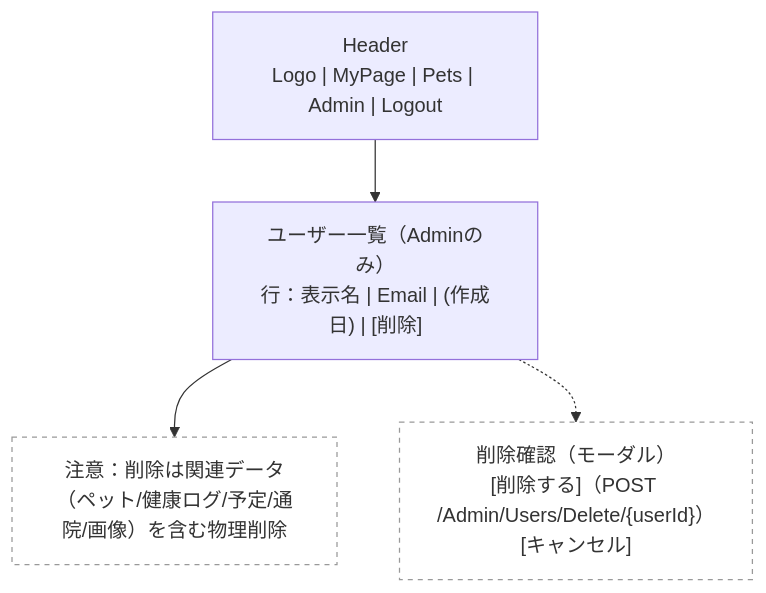
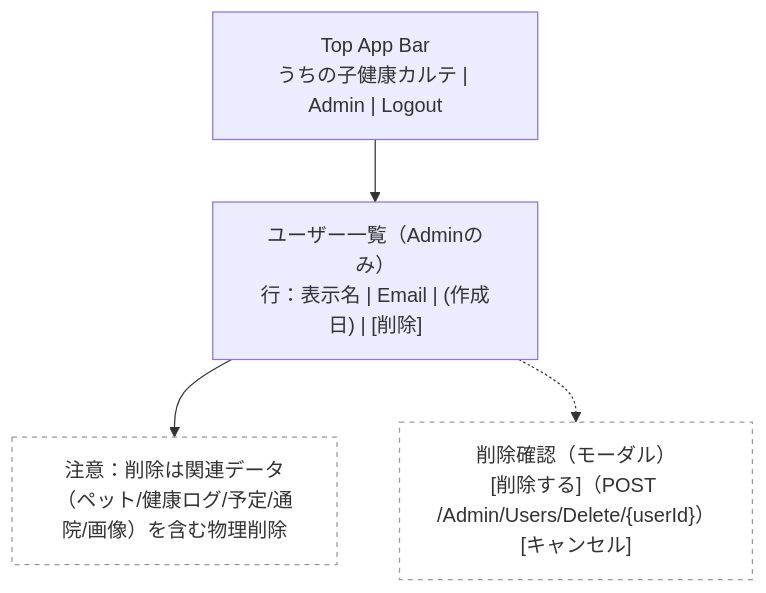
Diagram 23 of 23 in docs/ui-wireframe.md (Cat5Dog2/PetHealthManagement), drawn with Mermaid before and after one commit. The commit also changed other lines of this file and 9 other files, not shown here.

````diff
--- a/docs/ui-wireframe.md
+++ b/docs/ui-wireframe.md
@@ -361,12 +368,12 @@
 ```mermaid
 flowchart TB
-  Header["Header<br/>Logo | MyPage | Pets | Admin | Logout"]
+  Header["Top App Bar<br/>うちの子健康カルテ | Admin | Logout"]
   List["ユーザー一覧（Adminのみ）<br/>行：表示名 | Email | (作成日) | [削除]"]
   DeleteConfirm["削除確認（モーダル）<br/>[削除する]（POST /Admin/Users/Delete/{userId}）<br/>[キャンセル]"]:::note
   Danger["注意：削除は関連データ（ペット/健康ログ/予定/通院/画像）を含む物理削除"]:::note
 
   Header --> List --> Danger
   List -.-> DeleteConfirm
 
   classDef note fill:#fff,stroke:#999,stroke-dasharray: 4 4,color:#333;
 ```
````
